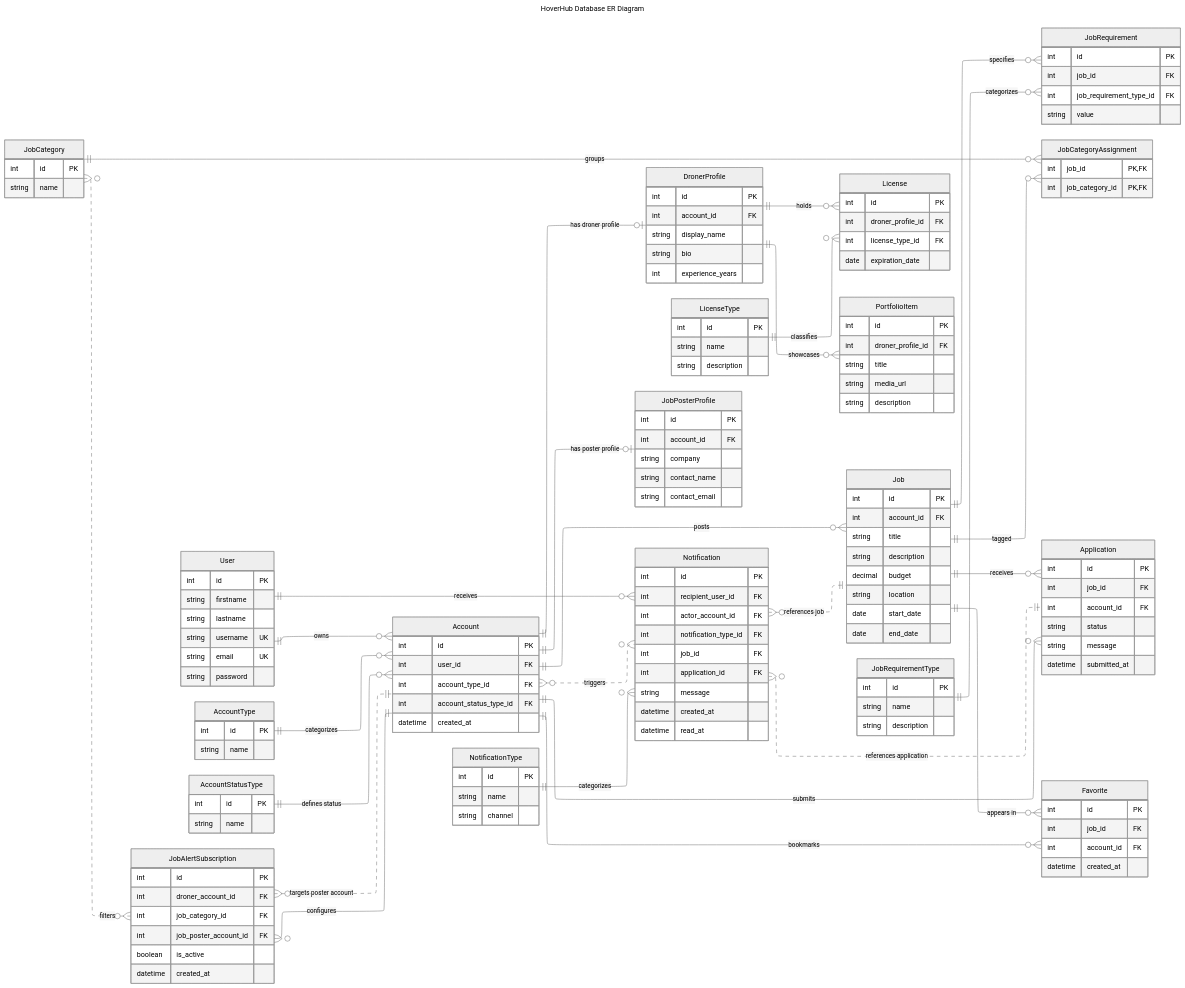
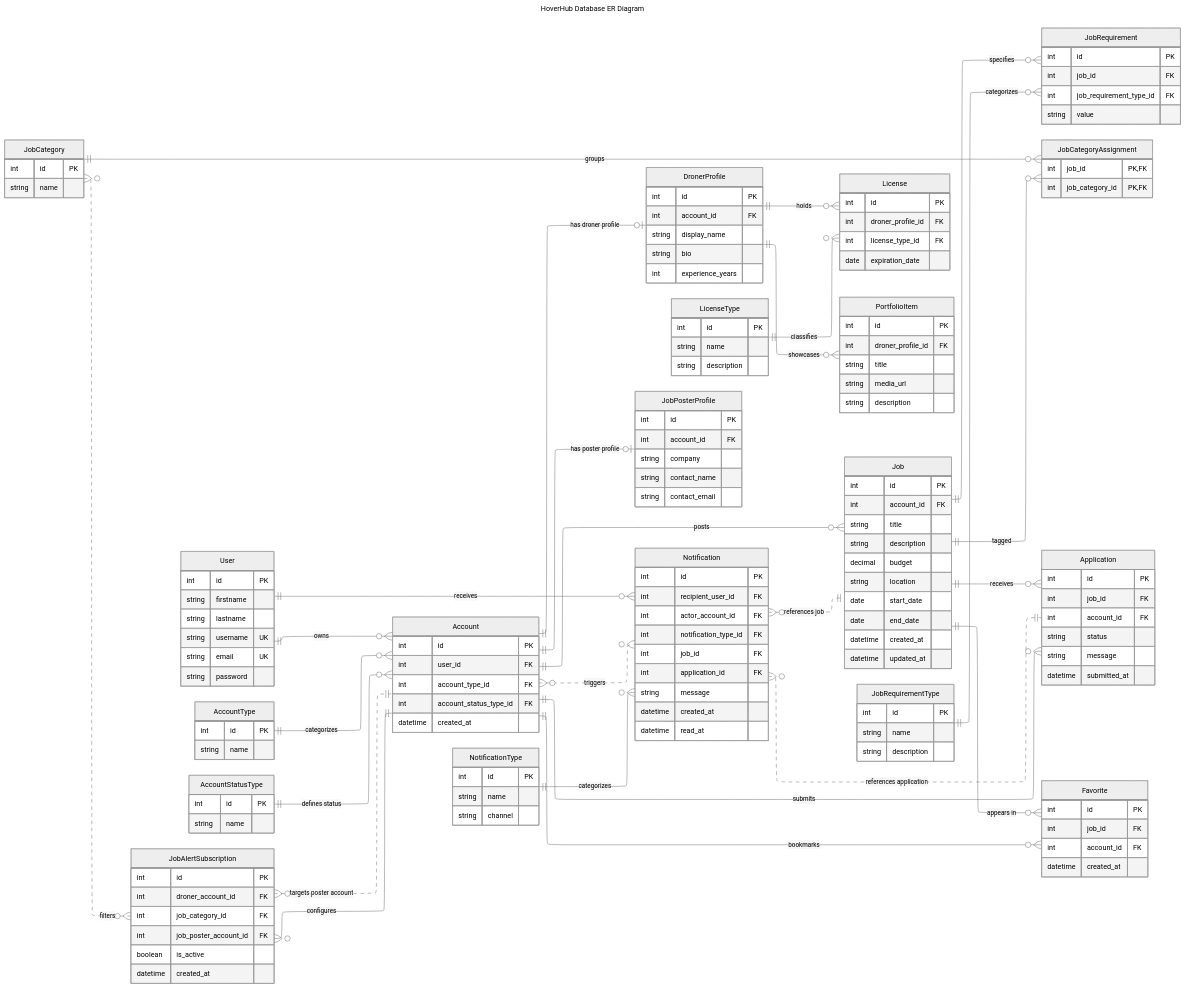
Before and after one commit to matias-raina/hoverhub-core: the diagram in docs/diagrams/db_der.mermaid, drawn with Mermaid (neutral theme).

Commit message:
Update database ER diagram for job management features

```diff
--- a/docs/diagrams/db_der.mermaid
+++ b/docs/diagrams/db_der.mermaid
@@ -1,174 +1,176 @@
 ---
 title: HoverHub Database ER Diagram
 config:
   layout: elk
 ---
 erDiagram
     direction LR
 
     User {
         int id PK
         string firstname
         string lastname
         string username UK
         string email UK
         string password
     }
 
     AccountType {
         int id PK
         string name
     }
 
     AccountStatusType {
         int id PK
         string name
     }
 
     Account {
         int id PK
         int user_id FK
         int account_type_id FK
         int account_status_type_id FK
         datetime created_at
     }
 
     DronerProfile {
         int id PK
         int account_id FK
         string display_name
         string bio
         int experience_years
     }
 
     License {
         int id PK
         int droner_profile_id FK
         int license_type_id FK
         date expiration_date
     }
 
     LicenseType {
         int id PK
         string name
         string description
     }
 
     PortfolioItem {
         int id PK
         int droner_profile_id FK
         string title
         string media_url
         string description
     }
 
     JobPosterProfile {
         int id PK
         int account_id FK
         string company
         string contact_name
         string contact_email
     }
 
     Job {
         int id PK
         int account_id FK
         string title
         string description
         decimal budget
         string location
         date start_date
         date end_date
+        datetime created_at
+        datetime updated_at
     }
 
     JobRequirement {
         int id PK
         int job_id FK
         int job_requirement_type_id FK
         string value
     }
 
     JobRequirementType {
         int id PK
         string name
         string description
     }
 
     JobCategory {
         int id PK
         string name
     }
 
     JobCategoryAssignment {
         int job_id PK, FK
         int job_category_id PK, FK
     }
 
     Application {
         int id PK
         int job_id FK
         int account_id FK
         string status
         string message
         datetime submitted_at
     }
 
     Favorite {
         int id PK
         int job_id FK
         int account_id FK
         datetime created_at
     }
 
     Notification {
         int id PK
         int recipient_user_id FK
         int actor_account_id FK
         int notification_type_id FK
         int job_id FK
         int application_id FK
         string message
         datetime created_at
         datetime read_at
     }
 
     NotificationType {
         int id PK
         string name
         string channel
     }
 
     JobAlertSubscription {
         int id PK
         int droner_account_id FK
         int job_category_id FK
         int job_poster_account_id FK
         boolean is_active
         datetime created_at
     }
 
     User ||--o{ Account : "owns"
     AccountType ||--o{ Account : "categorizes"
     AccountStatusType ||--o{ Account : "defines status"
     Account ||--o| DronerProfile : "has droner profile"
     Account ||--o| JobPosterProfile : "has poster profile"
     DronerProfile ||--o{ License : "holds"
     LicenseType ||--o{ License : "classifies"
     DronerProfile ||--o{ PortfolioItem : "showcases"
     Account ||--o{ Job : "posts"
     Job ||--o{ JobRequirement : "specifies"
     JobRequirementType ||--o{ JobRequirement : "categorizes"
     Job ||--o{ Application : "receives"
     Account ||--o{ Application : "submits"
     Account ||--o{ Favorite : "bookmarks"
     Job ||--o{ Favorite : "appears in"
     Job ||--o{ JobCategoryAssignment : "tagged"
     JobCategory ||--o{ JobCategoryAssignment : "groups"
     User ||--o{ Notification : "receives"
     Account }o..o{ Notification : "triggers"
     NotificationType ||--o{ Notification : "categorizes"
     Notification }o..|| Application : "references application"
     Notification }o..|| Job : "references job"
     Account ||--o{ JobAlertSubscription : "configures"
     JobCategory }o..o{ JobAlertSubscription : "filters"
     JobAlertSubscription }o..|| Account : "targets poster account"
```
